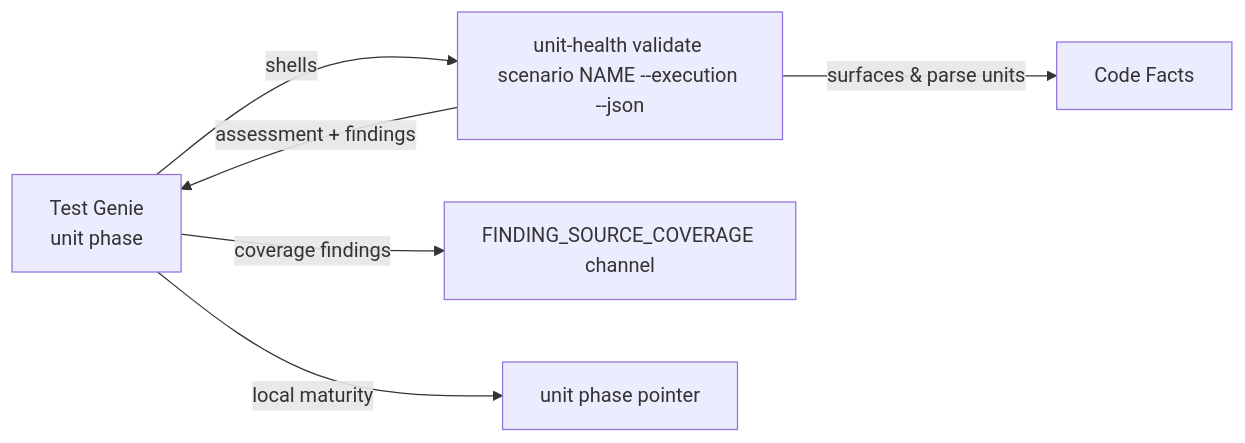
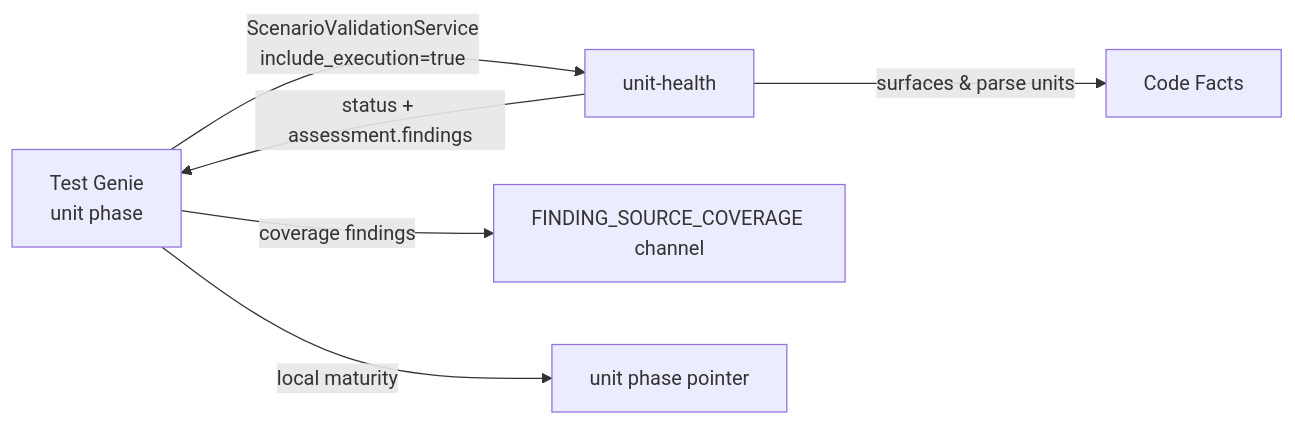
The diagram in scenarios/test-genie/docs/phases/unit/README.md (Vrooli/Vrooli), drawn with Mermaid before and after one commit. The commit also changed other lines of this file and 36 other files, not shown here.

````diff
--- a/scenarios/test-genie/docs/phases/unit/README.md
+++ b/scenarios/test-genie/docs/phases/unit/README.md
@@ -18,8 +18,8 @@
 ```mermaid
 graph LR
-    UNIT[Test Genie<br/>unit phase] -->|shells| UH[unit-health validate scenario NAME --execution --json]
+    UNIT[Test Genie<br/>unit phase] -->|ScenarioValidationService<br/>include_execution=true| UH[unit-health]
     UH -->|surfaces & parse units| CF[Code Facts]
-    UH -->|assessment + findings| UNIT
+    UH -->|status + assessment.findings| UNIT
     UNIT -->|coverage findings| COV[FINDING_SOURCE_COVERAGE channel]
     UNIT -->|local maturity| PTR[unit phase pointer]
 ```
````
